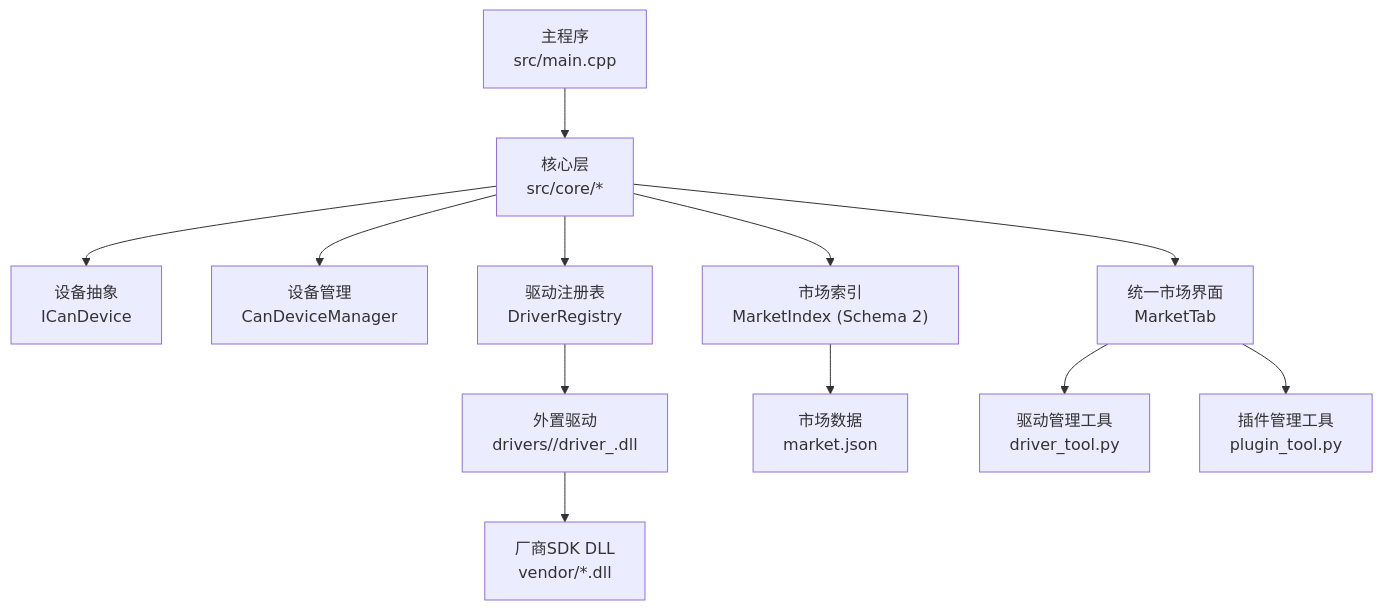
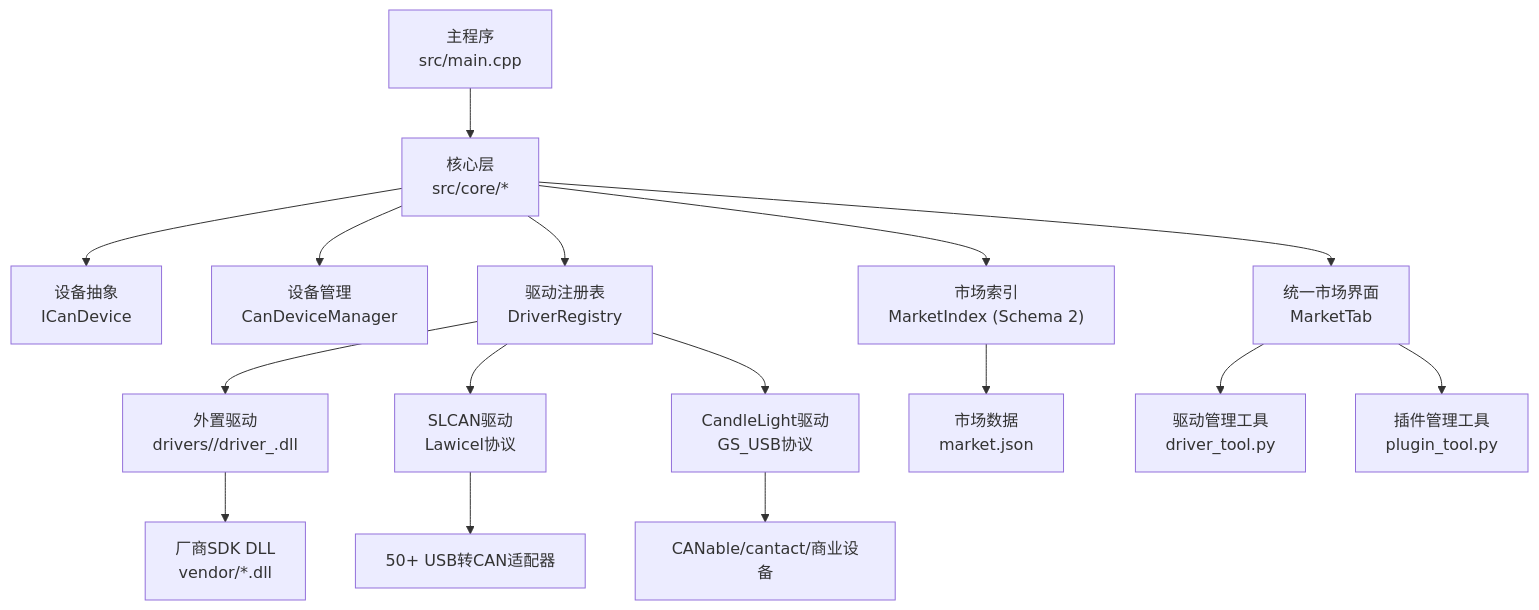
The first of 9 diagrams in .qoder/repowiki/zh/content/架构设计/驱动系统方案.md (jakecai1225-design/OpenBus), drawn with Mermaid before and after one commit. The commit also changed other lines of this file and 95 other files, not shown here.

Commit message:
图标

````diff
--- a/.qoder/repowiki/zh/content/架构设计/驱动系统方案.md
+++ b/.qoder/repowiki/zh/content/架构设计/驱动系统方案.md
@@ -50,14 +55,18 @@
 ```mermaid
 graph TB
 A["主程序<br/>src/main.cpp"] --> B["核心层<br/>src/core/*"]
 B --> C["设备抽象<br/>ICanDevice"]
 B --> D["设备管理<br/>CanDeviceManager"]
 B --> E["驱动注册表<br/>DriverRegistry"]
 E --> F["外置驱动<br/>drivers/<id>/driver_<id>.dll"]
 F --> G["厂商SDK DLL<br/>vendor/*.dll"]
 B --> H["市场索引<br/>MarketIndex (Schema 2)"]
 H --> I["市场数据<br/>market.json"]
 B --> J["统一市场界面<br/>MarketTab"]
 J --> K["驱动管理工具<br/>driver_tool.py"]
 J --> L["插件管理工具<br/>plugin_tool.py"]
+E --> M["SLCAN驱动<br/>Lawicel协议"]
+E --> N["CandleLight驱动<br/>GS_USB协议"]
+M --> O["50+ USB转CAN适配器"]
+N --> P["CANable/cantact/商业设备"]
 ```
````
